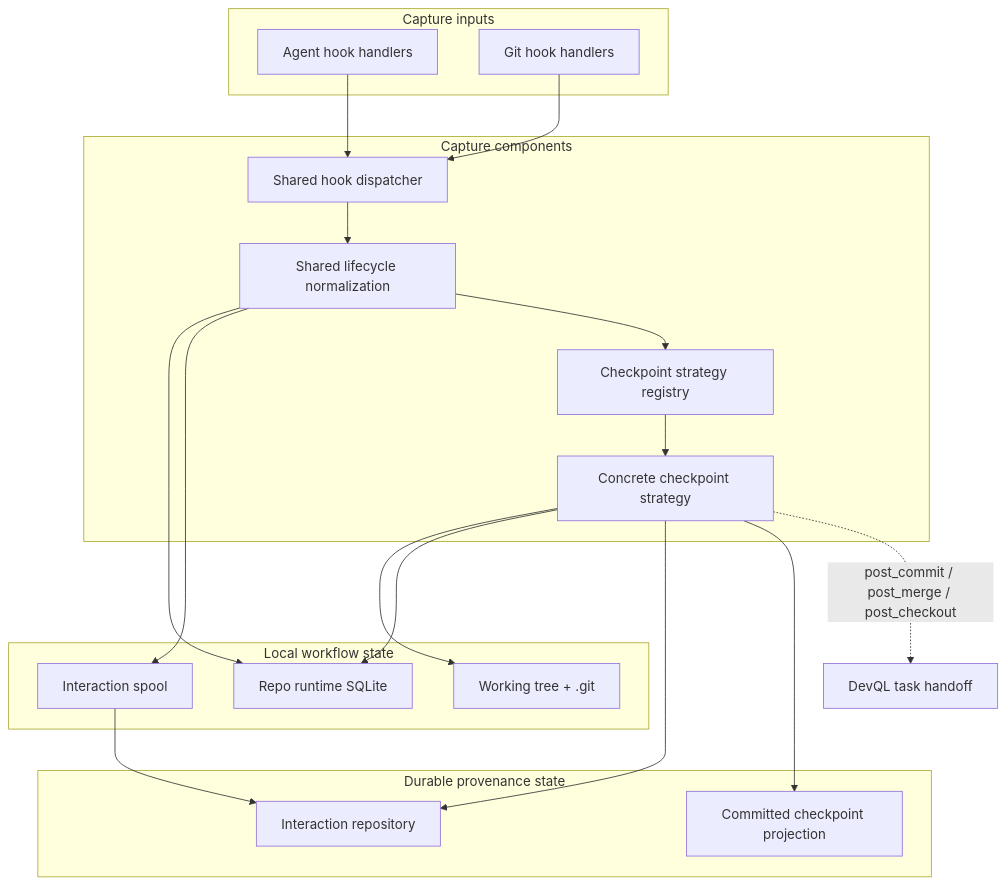
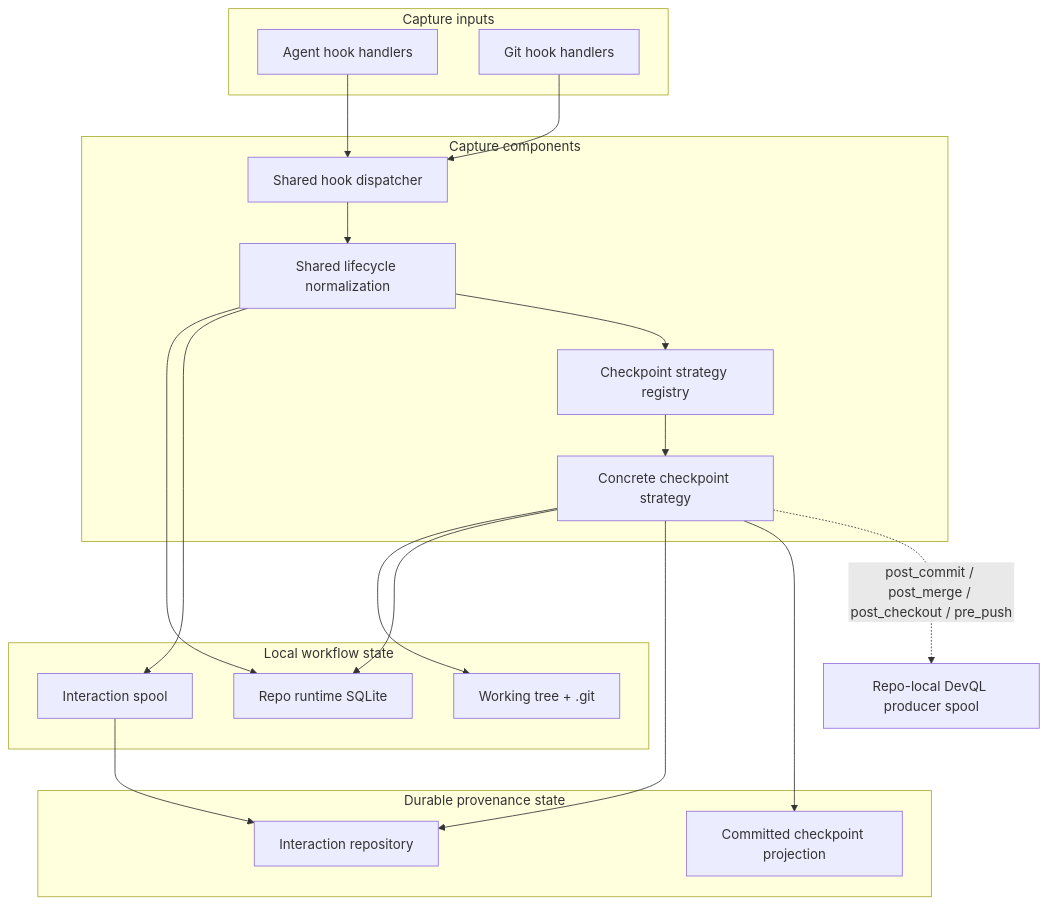
Before and after one commit to bitloops/bitloops: the diagram in documentation/contributors/architecture/diagrams/03-capture-and-checkpointing-components.md, drawn with Mermaid. The commit also changed other lines of this file and 4 other files, not shown here.

Commit message:
refactor: update architecture diagrams to clarify producer spool and task coordination

````diff
--- a/documentation/contributors/architecture/diagrams/03-capture-and-checkpointing-components.md
+++ b/documentation/contributors/architecture/diagrams/03-capture-and-checkpointing-components.md
@@ -7,43 +7,43 @@
 ```mermaid
 flowchart TD
     subgraph Inputs["Capture inputs"]
         AgentHooks["Agent hook handlers"]
         GitHooks["Git hook handlers"]
     end
 
     subgraph Capture["Capture components"]
         Dispatcher["Shared hook dispatcher"]
         Lifecycle["Shared lifecycle normalization"]
         StrategyRegistry["Checkpoint strategy registry"]
         Strategy["Concrete checkpoint strategy"]
     end
 
     subgraph LocalState["Local workflow state"]
         RepoRuntime["Repo runtime SQLite"]
         Spool["Interaction spool"]
         GitState["Working tree + .git"]
     end
 
     subgraph Durable["Durable provenance state"]
         InteractionRepo["Interaction repository"]
         CheckpointProjection["Committed checkpoint projection"]
     end
 
-    Handoff["DevQL task handoff"]
+    Handoff["Repo-local DevQL producer spool"]
 
     AgentHooks --> Dispatcher
     GitHooks --> Dispatcher
 
     Dispatcher --> Lifecycle
     Lifecycle --> RepoRuntime
     Lifecycle --> Spool
     Lifecycle --> StrategyRegistry
     StrategyRegistry --> Strategy
 
     Strategy --> GitState
     Strategy --> RepoRuntime
     Strategy --> InteractionRepo
     Spool --> InteractionRepo
     Strategy --> CheckpointProjection
-    Strategy -. post_commit / post_merge / post_checkout .-> Handoff
+    Strategy -. post_commit / post_merge / post_checkout / pre_push .-> Handoff
 ```
````
